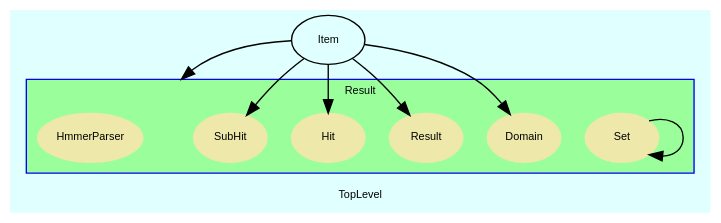
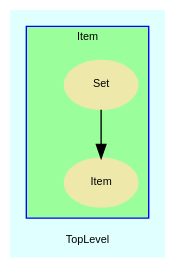
Before and after one commit to ddiez/seqminer: the diagram in doc/dot/f_5.dot, drawn with Graphviz. The commit also changed 125 other files, not shown here.

```diff
--- a/doc/dot/f_5.dot
+++ b/doc/dot/f_5.dot
@@ -1,112 +1,51 @@
 digraph TopLevel {
     label = "TopLevel"
     compound = true
     fontname = Arial
     fontsize = 8
     bgcolor = lightcyan1
     node [
         color = black,
         fontname = Arial,
         fontsize = 8
     ]
 
-    Result__Set -> Result__Set [
+    Item__Set -> Item__Item [
 
     ]
 
-    Item [
-        URL = "classes/Item.html",
+    subgraph cluster_Item {
         label = "Item"
-    ]
-
-    Item -> Result__Domain [
-
-    ]
-
-    Item -> Result__Result [
-
-    ]
-
-    Item -> Result__Hit [
-
-    ]
-
-    Item -> Result__SubHit [
-
-    ]
-
-    subgraph cluster_Result {
-        label = "Result"
         fillcolor = palegreen1
-        URL = "classes/Result.html"
+        URL = "classes/Item.html"
         color = blue
         fontname = Arial
         style = filled
-        Result [
+        Item [
             shape = plaintext,
             height = 0.01,
             width = 0.01,
             label = ""
         ]
 
-        Result__HmmerParser [
+        Item__Set [
             fontcolor = black,
             shape = ellipse,
-            URL = "classes/Result/HmmerParser.html",
-            color = palegoldenrod,
-            style = filled,
-            label = "HmmerParser"
-        ]
-
-        Result__Set [
-            fontcolor = black,
-            shape = ellipse,
-            URL = "classes/Result/Set.html",
+            URL = "classes/Item/Set.html",
             color = palegoldenrod,
             style = filled,
             label = "Set"
         ]
 
-        Result__Domain [
+        Item__Item [
             fontcolor = black,
             shape = ellipse,
-            URL = "classes/Result/Domain.html",
+            URL = "classes/Item/Item.html",
             color = palegoldenrod,
             style = filled,
-            label = "Domain"
-        ]
-
-        Result__Result [
-            fontcolor = black,
-            shape = ellipse,
-            URL = "classes/Result/Result.html",
-            color = palegoldenrod,
-            style = filled,
-            label = "Result"
-        ]
-
-        Result__Hit [
-            fontcolor = black,
-            shape = ellipse,
-            URL = "classes/Result/Hit.html",
-            color = palegoldenrod,
-            style = filled,
-            label = "Hit"
-        ]
-
-        Result__SubHit [
-            fontcolor = black,
-            shape = ellipse,
-            URL = "classes/Result/SubHit.html",
-            color = palegoldenrod,
-            style = filled,
-            label = "SubHit"
+            label = "Item"
         ]
 
     }
 
-    Item -> Result [
-        lhead = cluster_Result
-    ]
-
 }
```
